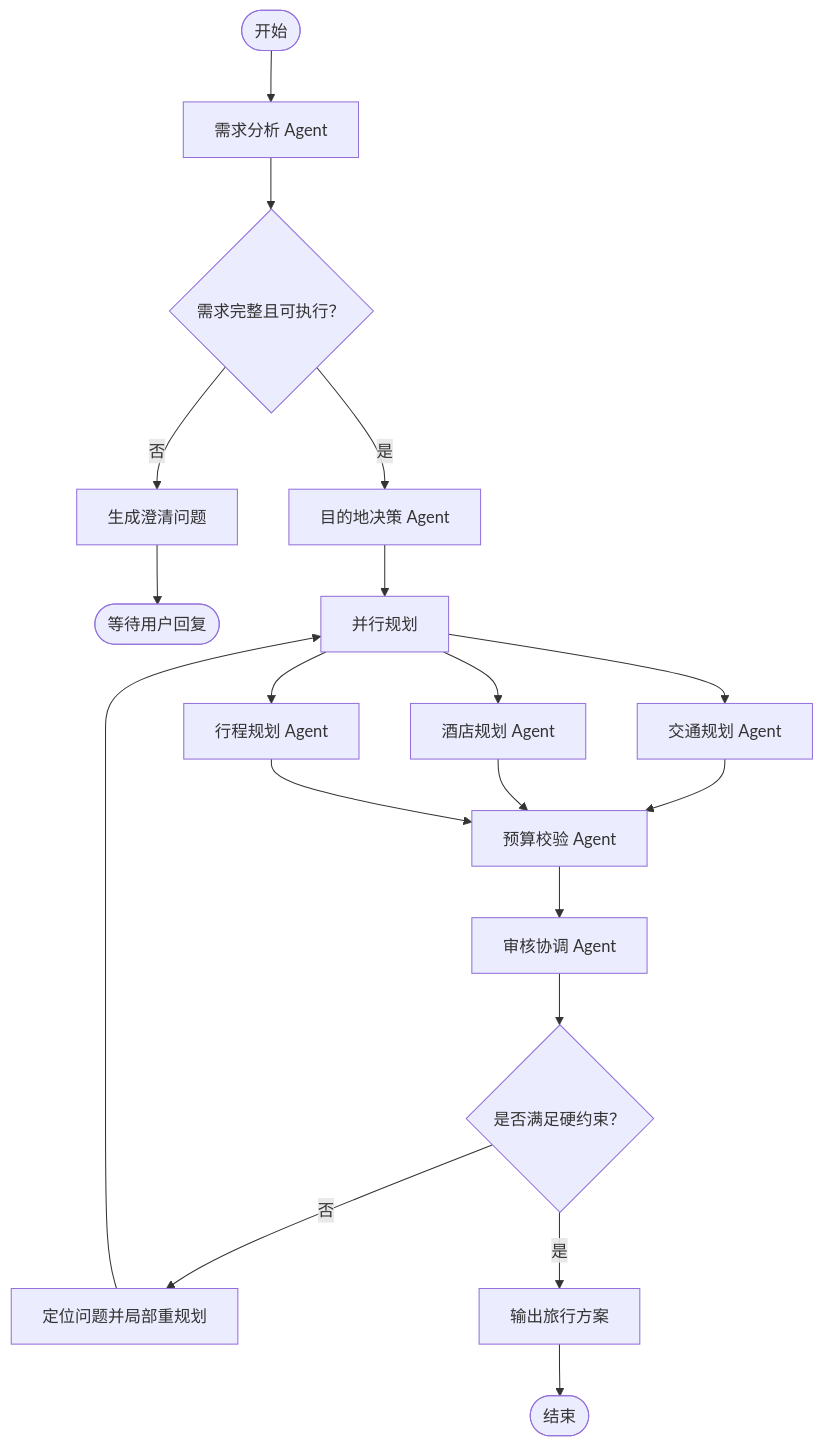
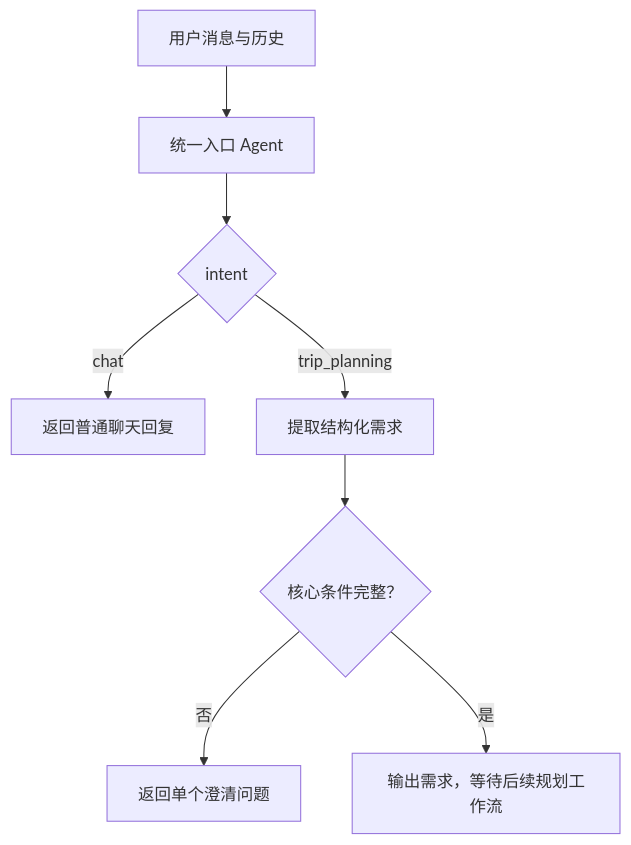
The fourth of 4 diagrams in README.md (GuLu37/TripWeave), drawn with Mermaid before and after one commit. The commit also changed other lines of this file and 43 other files, not shown here.

Commit message:
对话意图Agent

````diff
--- a/README.md
+++ b/README.md
@@ -151,21 +264,10 @@
 ```mermaid
 flowchart TD
-    START([开始]) --> Intake["需求分析 Agent"]
-    Intake --> Complete{"需求完整且可执行？"}
-    Complete -- "否" --> Clarify["生成澄清问题"]
-    Clarify --> END_WAIT([等待用户回复])
-    Complete -- "是" --> Destination["目的地决策 Agent"]
-    Destination --> Parallel["并行规划"]
-    Parallel --> Transport["交通规划 Agent"]
-    Parallel --> Hotel["酒店规划 Agent"]
-    Parallel --> Itinerary["行程规划 Agent"]
-    Transport --> Budget["预算校验 Agent"]
-    Hotel --> Budget
-    Itinerary --> Budget
-    Budget --> Review["审核协调 Agent"]
-    Review --> Valid{"是否满足硬约束？"}
-    Valid -- "否" --> Replan["定位问题并局部重规划"]
-    Replan --> Parallel
-    Valid -- "是" --> Present["输出旅行方案"]
-    Present --> END([结束])
+    A["用户消息与历史"] --> B["统一入口 Agent"]
+    B --> C{"intent"}
+    C -- "chat" --> D["返回普通聊天回复"]
+    C -- "trip_planning" --> E["提取结构化需求"]
+    E --> F{"核心条件完整？"}
+    F -- "否" --> G["返回单个澄清问题"]
+    F -- "是" --> H["输出需求，等待后续规划工作流"]
 ```
````
